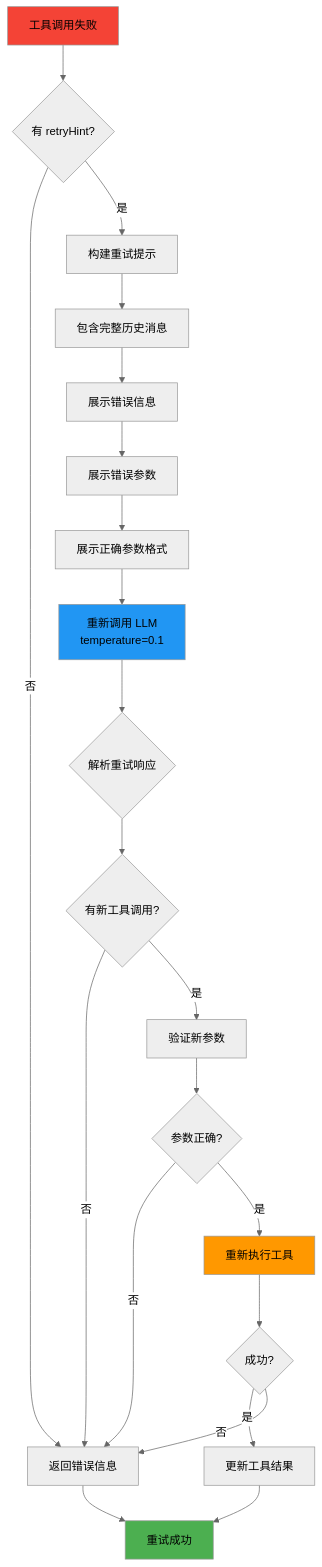
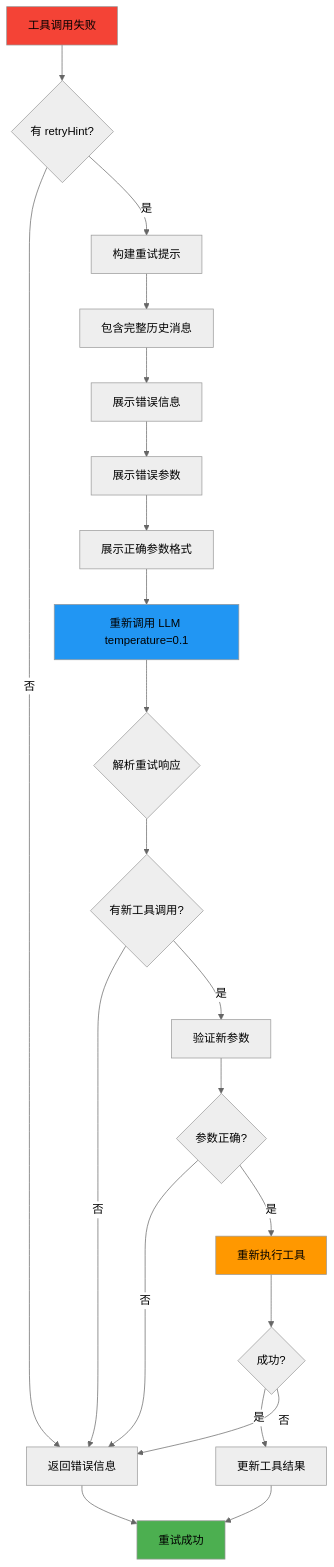
Before and after one commit to Pekaoseya/intelligent-itinerary-planner: the sixth of 14 diagrams in ARCHITECTURE.md, drawn with Mermaid (neutral theme). The commit also changed other lines of this file and 2 other files, not shown here.

First line of the commit message:
fix: 修复 Mermaid 图表格式问题 - 移除 HTML 标签和修复双引号嵌套

````diff
--- a/ARCHITECTURE.md
+++ b/ARCHITECTURE.md
@@ -544,34 +544,34 @@
 ```mermaid
 flowchart TD
     Start[工具调用失败] --> CheckRetryHint{有 retryHint?}
     CheckRetryHint -->|否| ReturnError[返回错误信息]
     CheckRetryHint -->|是| BuildRetryPrompt[构建重试提示]
 
     BuildRetryPrompt --> IncludeHistory[包含完整历史消息]
     IncludeHistory --> ShowError[展示错误信息]
     ShowError --> ShowParams[展示错误参数]
     ShowParams --> ShowCorrect[展示正确参数格式]
 
-    ShowCorrect --> CallLLM[重新调用 LLM<br/>temperature=0.1]
+    ShowCorrect --> CallLLM[重新调用 LLM temperature=0.1]
     CallLLM --> ParseRetry{解析重试响应}
 
     ParseRetry --> HasNewCall{有新工具调用?}
     HasNewCall -->|否| ReturnError
     HasNewCall -->|是| ValidateRetry[验证新参数]
 
     ValidateRetry --> RetryOK{参数正确?}
     RetryOK -->|否| ReturnError
     RetryOK -->|是| ReExecuteTool[重新执行工具]
 
     ReExecuteTool --> Success{成功?}
     Success -->|是| UpdateResult[更新工具结果]
     Success -->|否| ReturnError
 
     UpdateResult --> End[重试成功]
     ReturnError --> End
 
     style Start fill:#F44336
     style End fill:#4CAF50
     style CallLLM fill:#2196F3
     style ReExecuteTool fill:#FF9800
 ```
````
